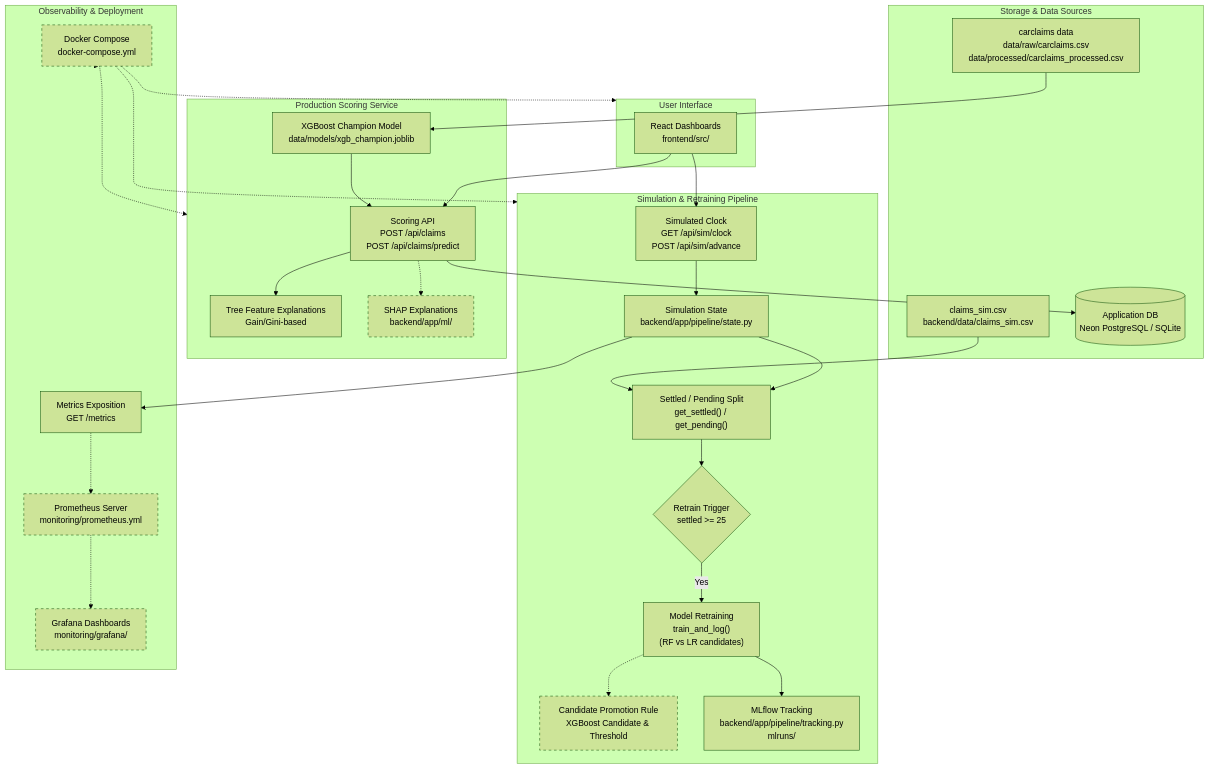
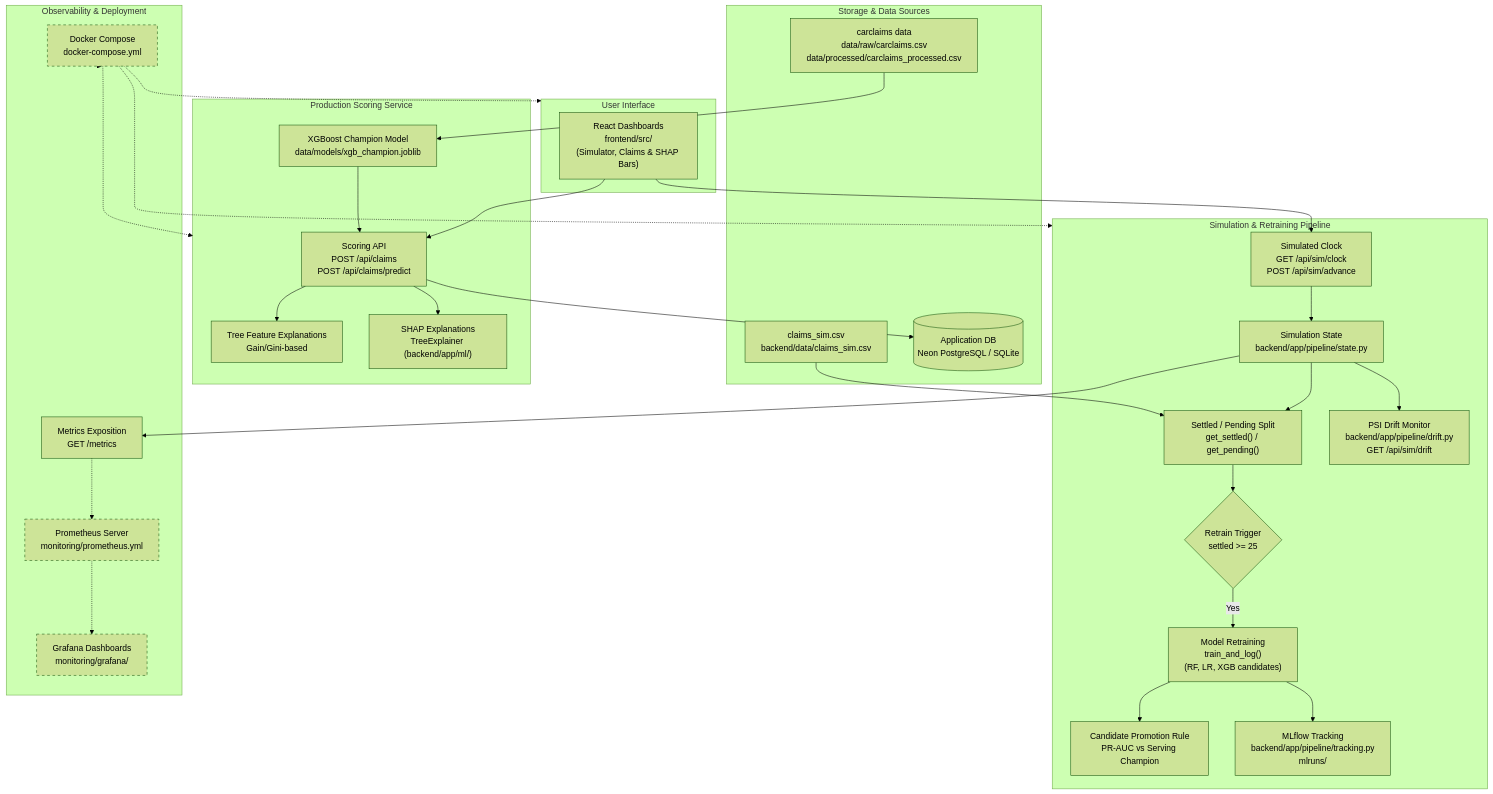
The first of 2 diagrams in docs/ARCHITECTURE.md (Gauravi06/ClaimGuard), drawn with Mermaid (forest theme) before and after one commit. The commit also changed other lines of this file and 2 other files, not shown here.

Commit message:
docs: refresh README, progress and architecture

````diff
--- a/docs/ARCHITECTURE.md
+++ b/docs/ARCHITECTURE.md
@@ -9,64 +9,66 @@
 ```mermaid
 flowchart TD
     classDef planned stroke-dasharray: 5 5;
 
     subgraph Storage ["Storage & Data Sources"]
         CarClaimsData["carclaims data<br/>data/raw/carclaims.csv<br/>data/processed/carclaims_processed.csv"]
         SimClaimsCSV["claims_sim.csv<br/>backend/data/claims_sim.csv"]
         AppDatabase[("Application DB<br/>Neon PostgreSQL / SQLite")]
     end
 
     subgraph ProdScoring ["Production Scoring Service"]
         ScoringAPI["Scoring API<br/>POST /api/claims<br/>POST /api/claims/predict"]
         XGBChampion["XGBoost Champion Model<br/>data/models/xgb_champion.joblib"]
         GiniExplain["Tree Feature Explanations<br/>Gain/Gini-based"]
-        SHAPExplain["SHAP Explanations<br/>backend/app/ml/"]
+        SHAPExplain["SHAP Explanations<br/>TreeExplainer (backend/app/ml/)"]
     end
 
     subgraph SimPipeline ["Simulation & Retraining Pipeline"]
         SimClock["Simulated Clock<br/>GET /api/sim/clock<br/>POST /api/sim/advance"]
         StateHolder["Simulation State<br/>backend/app/pipeline/state.py"]
         SplitLogic["Settled / Pending Split<br/>get_settled() / get_pending()"]
         RetrainTrigger{"Retrain Trigger<br/>settled >= 25"}
-        TrainPipeline["Model Retraining<br/>train_and_log()<br/>(RF vs LR candidates)"]
-        PromotionRule["Candidate Promotion Rule<br/>XGBoost Candidate & Threshold"]
+        TrainPipeline["Model Retraining<br/>train_and_log()<br/>(RF, LR, XGB candidates)"]
+        PromotionRule["Candidate Promotion Rule<br/>PR-AUC vs Serving Champion"]
+        DriftCheck["PSI Drift Monitor<br/>backend/app/pipeline/drift.py<br/>GET /api/sim/drift"]
         MLflowTracking["MLflow Tracking<br/>backend/app/pipeline/tracking.py<br/>mlruns/"]
     end
 
     subgraph Observability ["Observability & Deployment"]
         MetricsRoute["Metrics Exposition<br/>GET /metrics"]
         PrometheusServer["Prometheus Server<br/>monitoring/prometheus.yml"]
         GrafanaDash["Grafana Dashboards<br/>monitoring/grafana/"]
         DockerCompose["Docker Compose<br/>docker-compose.yml"]
     end
 
     subgraph FrontendUI ["User Interface"]
-        ReactDashboard["React Dashboards<br/>frontend/src/"]
+        ReactDashboard["React Dashboards<br/>frontend/src/<br/>(Simulator, Claims & SHAP Bars)"]
     end
 
     CarClaimsData --> XGBChampion
     XGBChampion --> ScoringAPI
     ScoringAPI --> GiniExplain
-    ScoringAPI -.-> SHAPExplain
+    ScoringAPI --> SHAPExplain
     ScoringAPI --> AppDatabase
 
     SimClaimsCSV --> SplitLogic
     ReactDashboard --> SimClock
     ReactDashboard --> ScoringAPI
     SimClock --> StateHolder
     StateHolder --> SplitLogic
     SplitLogic --> RetrainTrigger
     RetrainTrigger -->|Yes| TrainPipeline
-    TrainPipeline -.-> PromotionRule
+    TrainPipeline --> PromotionRule
     TrainPipeline --> MLflowTracking
+    StateHolder --> DriftCheck
     StateHolder --> MetricsRoute
     MetricsRoute -.-> PrometheusServer
     PrometheusServer -.-> GrafanaDash
 
     DockerCompose -.-> ProdScoring
     DockerCompose -.-> SimPipeline
     DockerCompose -.-> Observability
     DockerCompose -.-> FrontendUI
 
-    class SHAPExplain,PromotionRule,PrometheusServer,GrafanaDash,DockerCompose planned;
+    class PrometheusServer,GrafanaDash,DockerCompose planned;
 ```
````
